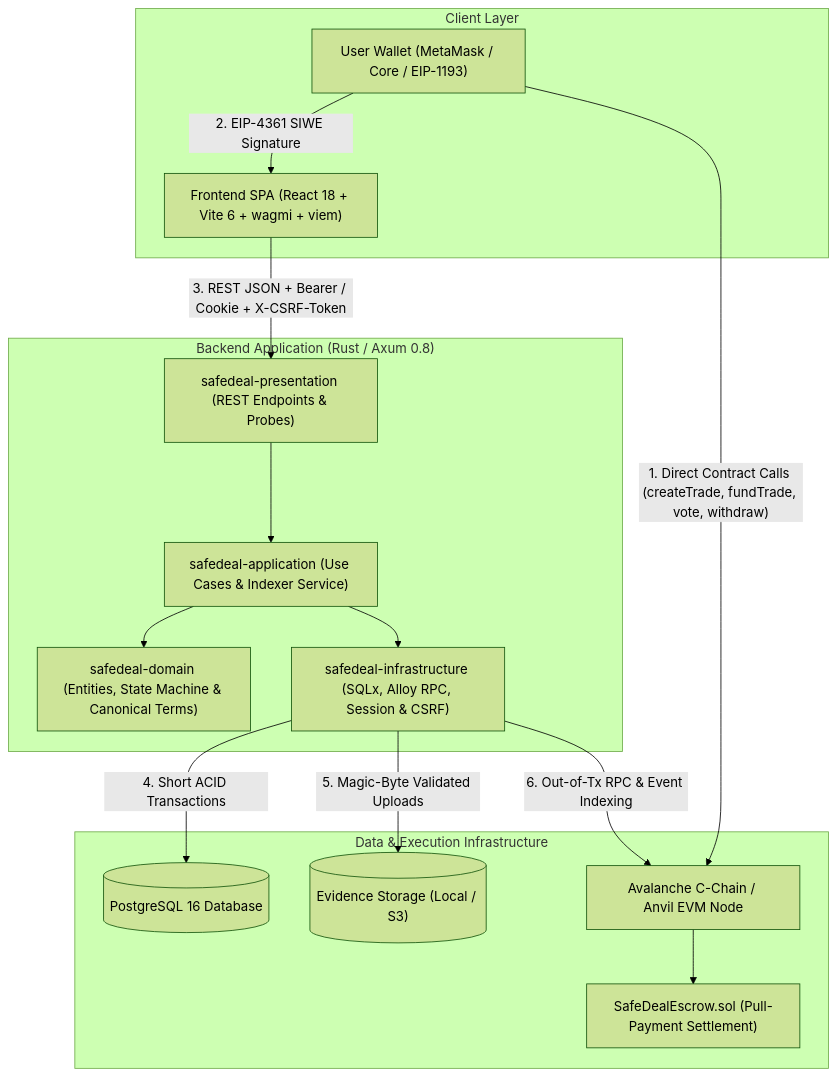
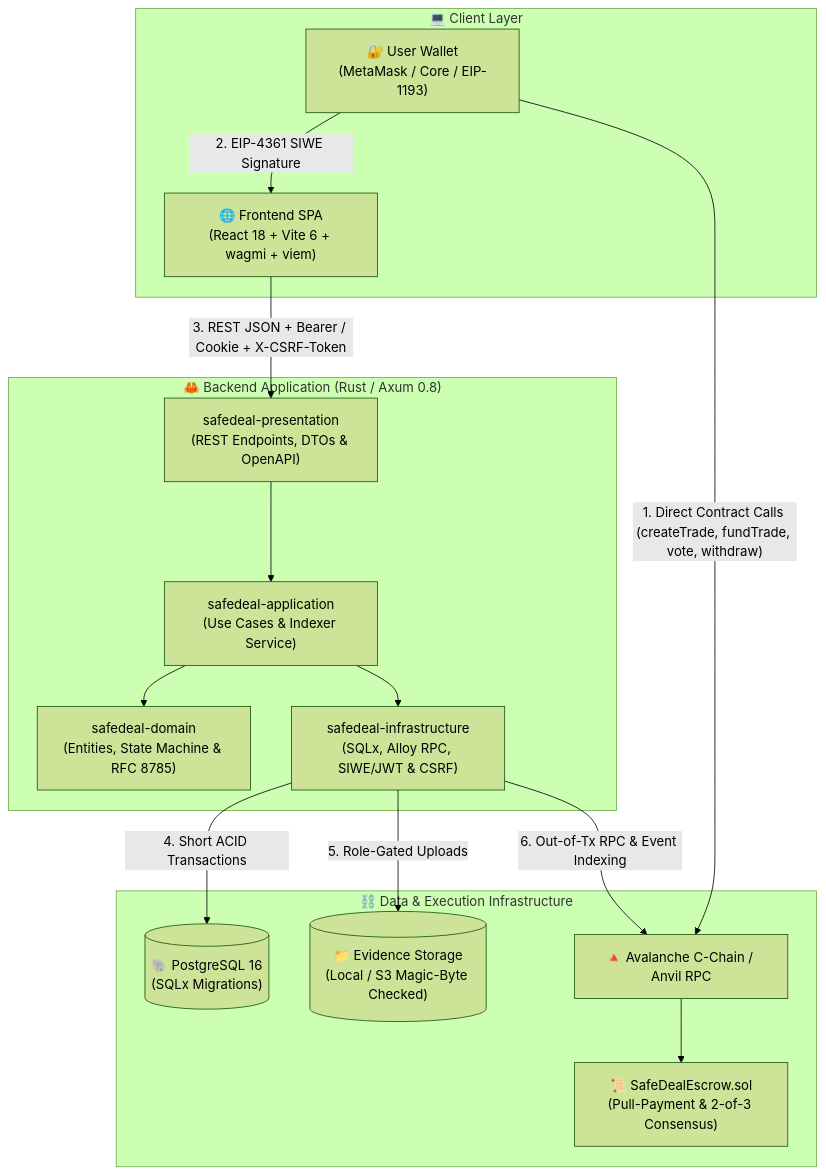
The first of 2 diagrams in README.md (hienpham0344/SafeDeal), drawn with Mermaid (forest theme) before and after one commit. The commit also changed other lines of this file, not shown here.

````diff
--- a/README.md
+++ b/README.md
@@ -29,32 +61,32 @@
 ```mermaid
 flowchart TD
-    subgraph Clients["Client Layer"]
-        Wallet["User Wallet (MetaMask / Core / EIP-1193)"]
-        Frontend["Frontend SPA (React 18 + Vite 6 + wagmi + viem)"]
+    subgraph Clients["💻 Client Layer"]
+        Wallet["🔐 User Wallet<br/>(MetaMask / Core / EIP-1193)"]
+        Frontend["🌐 Frontend SPA<br/>(React 18 + Vite 6 + wagmi + viem)"]
     end
 
-    subgraph BackendApp["Backend Application (Rust / Axum 0.8)"]
-        Presentation["safedeal-presentation (REST Endpoints & Probes)"]
-        Application["safedeal-application (Use Cases & Indexer Service)"]
-        Domain["safedeal-domain (Entities, State Machine & Canonical Terms)"]
-        Infrastructure["safedeal-infrastructure (SQLx, Alloy RPC, Session & CSRF)"]
+    subgraph BackendApp["🦀 Backend Application (Rust / Axum 0.8)"]
+        Presentation["safedeal-presentation<br/>(REST Endpoints, DTOs & OpenAPI)"]
+        Application["safedeal-application<br/>(Use Cases & Indexer Service)"]
+        Domain["safedeal-domain<br/>(Entities, State Machine & RFC 8785)"]
+        Infrastructure["safedeal-infrastructure<br/>(SQLx, Alloy RPC, SIWE/JWT & CSRF)"]
     end
 
-    subgraph Storage["Data & Execution Infrastructure"]
-        Postgres[("PostgreSQL 16 Database")]
-        EvidenceFS[("Evidence Storage (Local / S3)")]
-        AvalancheNode["Avalanche C-Chain / Anvil EVM Node"]
-        EscrowContract["SafeDealEscrow.sol (Pull-Payment Settlement)"]
+    subgraph Storage["⛓️ Data & Execution Infrastructure"]
+        Postgres[("🐘 PostgreSQL 16<br/>(SQLx Migrations)")]
+        EvidenceFS[("📁 Evidence Storage<br/>(Local / S3 Magic-Byte Checked)")]
+        AvalancheNode["🔺 Avalanche C-Chain / Anvil RPC"]
+        EscrowContract["📜 SafeDealEscrow.sol<br/>(Pull-Payment & 2-of-3 Consensus)"]
     end
 
     Wallet -->|"1. Direct Contract Calls (createTrade, fundTrade, vote, withdraw)"| AvalancheNode
     AvalancheNode --> EscrowContract
     Wallet -->|"2. EIP-4361 SIWE Signature"| Frontend
     Frontend -->|"3. REST JSON + Bearer / Cookie + X-CSRF-Token"| Presentation
     Presentation --> Application
     Application --> Domain
     Application --> Infrastructure
     Infrastructure -->|"4. Short ACID Transactions"| Postgres
-    Infrastructure -->|"5. Magic-Byte Validated Uploads"| EvidenceFS
+    Infrastructure -->|"5. Role-Gated Uploads"| EvidenceFS
     Infrastructure -->|"6. Out-of-Tx RPC & Event Indexing"| AvalancheNode
 ```
````
